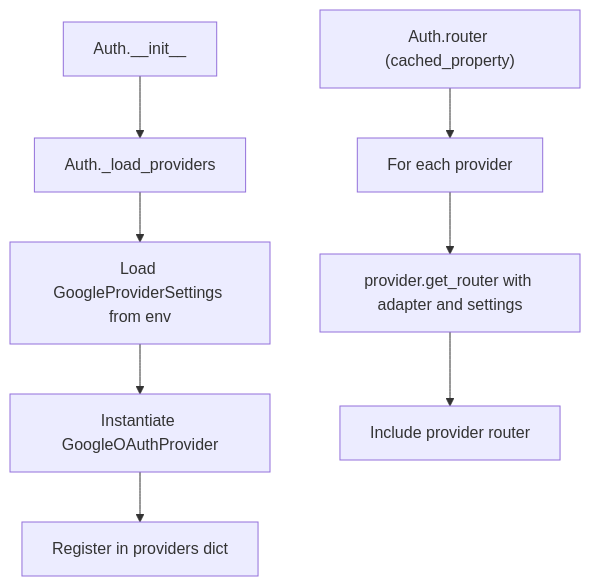
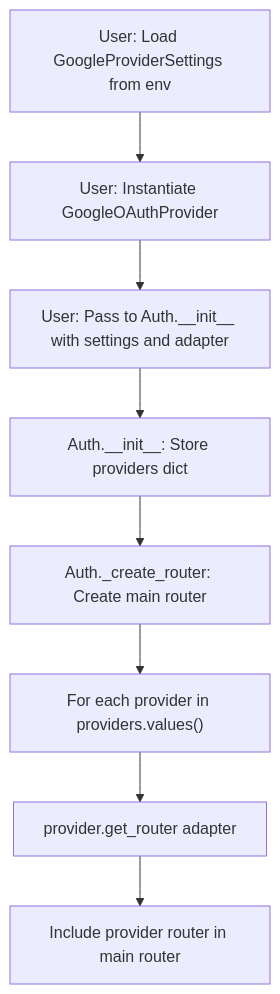
The first of 3 diagrams in design/002-generic-oauth-providers.md (mplemay/belgie), drawn with Mermaid before and after one commit. The commit also changed other lines of this file, not shown here.

First line of the commit message:
fix: address design review issues for generic oauth providers

````diff
--- a/design/002-generic-oauth-providers.md
+++ b/design/002-generic-oauth-providers.md
@@ -80,10 +93,10 @@
 ```mermaid
 graph TD
-    A["Auth.__init__"] --> B["Auth._load_providers"]
-    B --> C["Load GoogleProviderSettings from env"]
-    C --> E["Instantiate GoogleOAuthProvider"]
-    E --> G["Register in providers dict"]
-    H["Auth.router (cached_property)"] --> I["For each provider"]
-    I --> J["provider.get_router with adapter and settings"]
-    J --> K["Include provider router"]
+    A["User: Load GoogleProviderSettings from env"] --> B["User: Instantiate GoogleOAuthProvider"]
+    B --> C["User: Pass to Auth.__init__ with settings and adapter"]
+    C --> D["Auth.__init__: Store providers dict"]
+    D --> E["Auth._create_router: Create main router"]
+    E --> F["For each provider in providers.values()"]
+    F --> G["provider.get_router adapter"]
+    G --> H["Include provider router in main router"]
 ```
````
